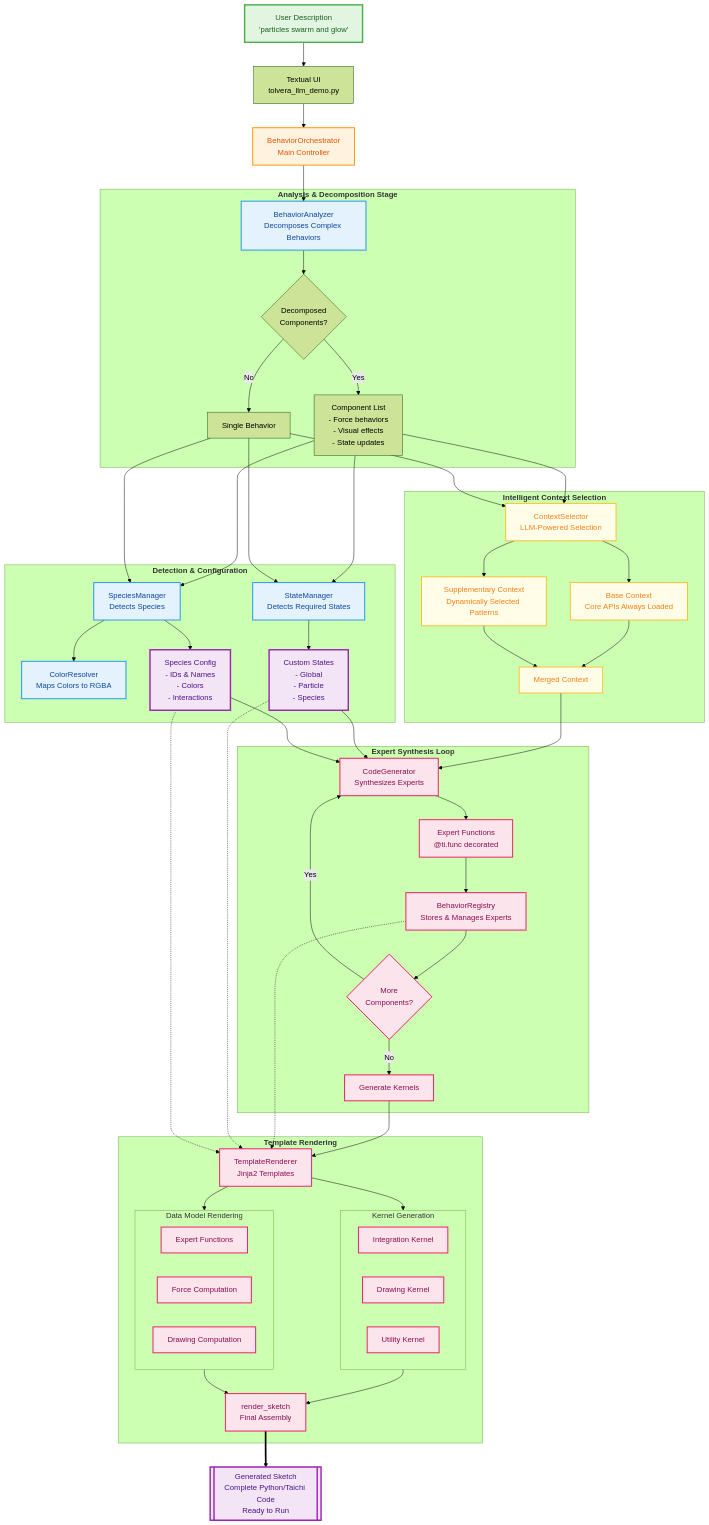
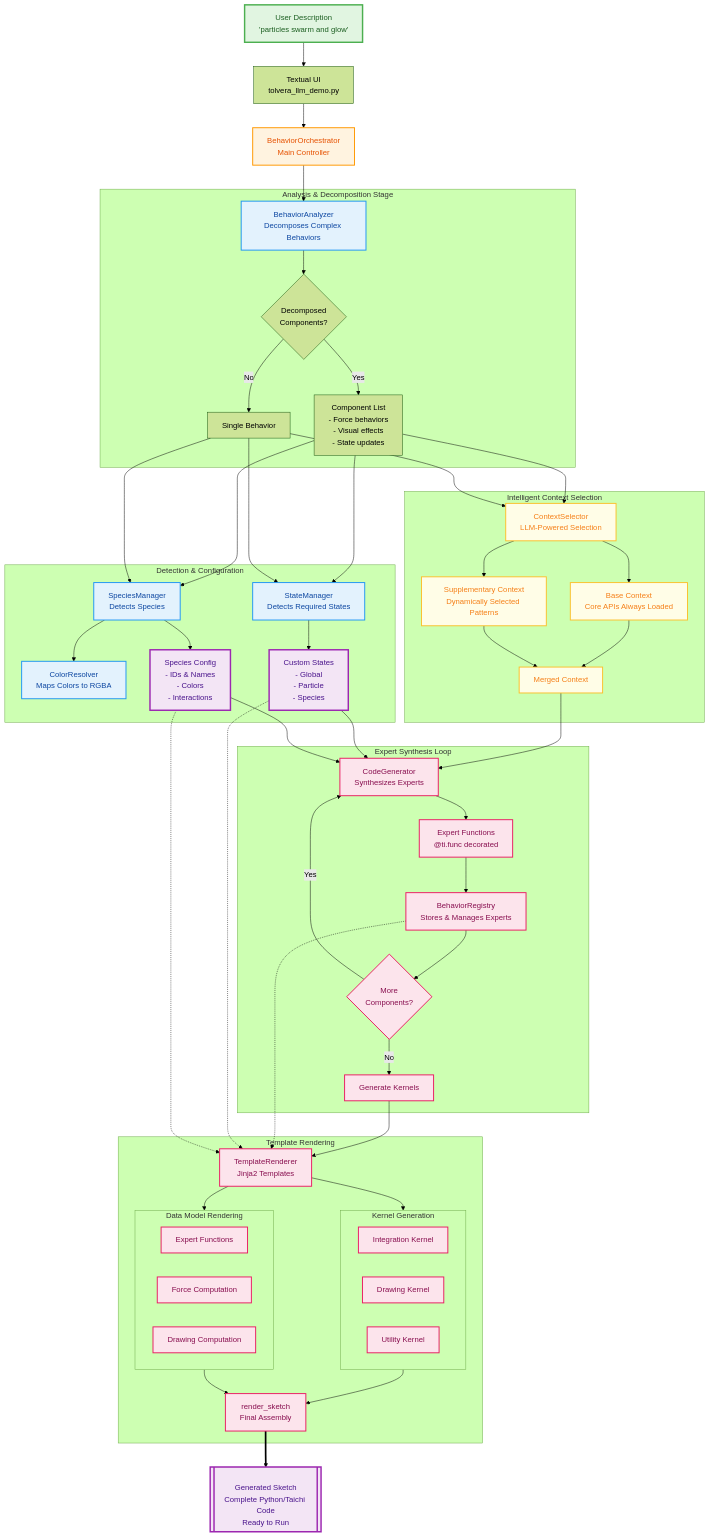
One commit to mclemcrew/GSoC25 changed the first of 2 diagrams in content/journal/gsoc_final_report.md. Above: the diagram before and after it, drawn with Mermaid (forest theme). The commit also changed other lines of this file and 1 other file, not shown here.

Commit message:
fixes for arch diagrams

```diff
--- a/content/journal/gsoc_final_report.md
+++ b/content/journal/gsoc_final_report.md
@@ -79,7 +79,7 @@
     UI --> BO
 
     %% Analysis & Decomposition Stage
-    subgraph Analysis ["<b>Analysis & Decomposition Stage</b>"]
+    subgraph Analysis ["Analysis & Decomposition Stage"]
         BA[BehaviorAnalyzer<br/>Decomposes Complex Behaviors]
         DC{Decomposed<br/>Components?}
         Components[Component List<br/>- Force behaviors<br/>- Visual effects<br/>- State updates]
@@ -94,7 +94,7 @@
     BO --> BA
 
     %% Detection & Configuration
-    subgraph Detection ["<b>Detection & Configuration</b>"]
+    subgraph Detection ["Detection & Configuration"]
         SM[StateManager<br/>Detects Required States]
         SPM[SpeciesManager<br/>Detects Species]
         CR[ColorResolver<br/>Maps Colors to RGBA]
@@ -113,7 +113,7 @@
     SimplePath --> SPM
 
     %% Context Selection
-    subgraph Context ["<b>Intelligent Context Selection</b>"]
+    subgraph Context ["Intelligent Context Selection"]
         CS[ContextSelector<br/>LLM-Powered Selection]
         BaseCtx[Base Context<br/>Core APIs Always Loaded]
         SuppCtx[Supplementary Context<br/>Dynamically Selected Patterns]
@@ -130,7 +130,7 @@
     SimplePath --> CS
 
     %% Synthesis Loop
-    subgraph Synthesis ["<b>Expert Synthesis Loop</b>"]
+    subgraph Synthesis ["Expert Synthesis Loop"]
         CG[CodeGenerator<br/>Synthesizes Experts]
         ExpertCode[Expert Functions<br/>@ti.func decorated]
         BR[BehaviorRegistry<br/>Stores & Manages Experts]
@@ -150,7 +150,7 @@
     Species --> CG
 
     %% Template Rendering - Simplified
-    subgraph Rendering ["<b>Template Rendering</b>"]
+    subgraph Rendering ["Template Rendering"]
         TR[TemplateRenderer<br/>Jinja2 Templates]
 
         subgraph Kernels ["Kernel Generation<br/><br/>"]
@@ -182,7 +182,7 @@
     %% Final Output - Place at bottom
     SketchRender ==> FinalSketch
 
-    FinalSketch[["Generated Sketch<br/>Complete Python/Taichi Code<br/>Ready to Run"]]
+    FinalSketch[["<br/>Generated Sketch<br/>Complete Python/Taichi Code<br/>Ready to Run"]]
 
     %% Apply styles
     class User userNode
```
